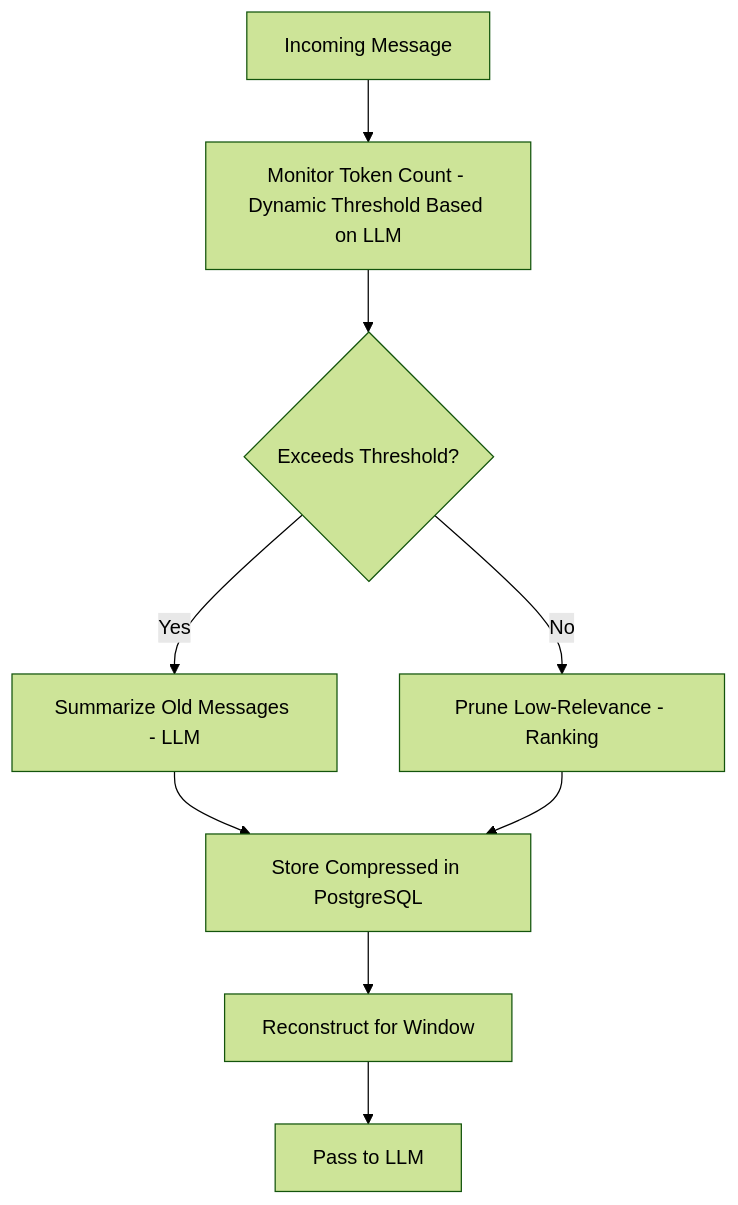
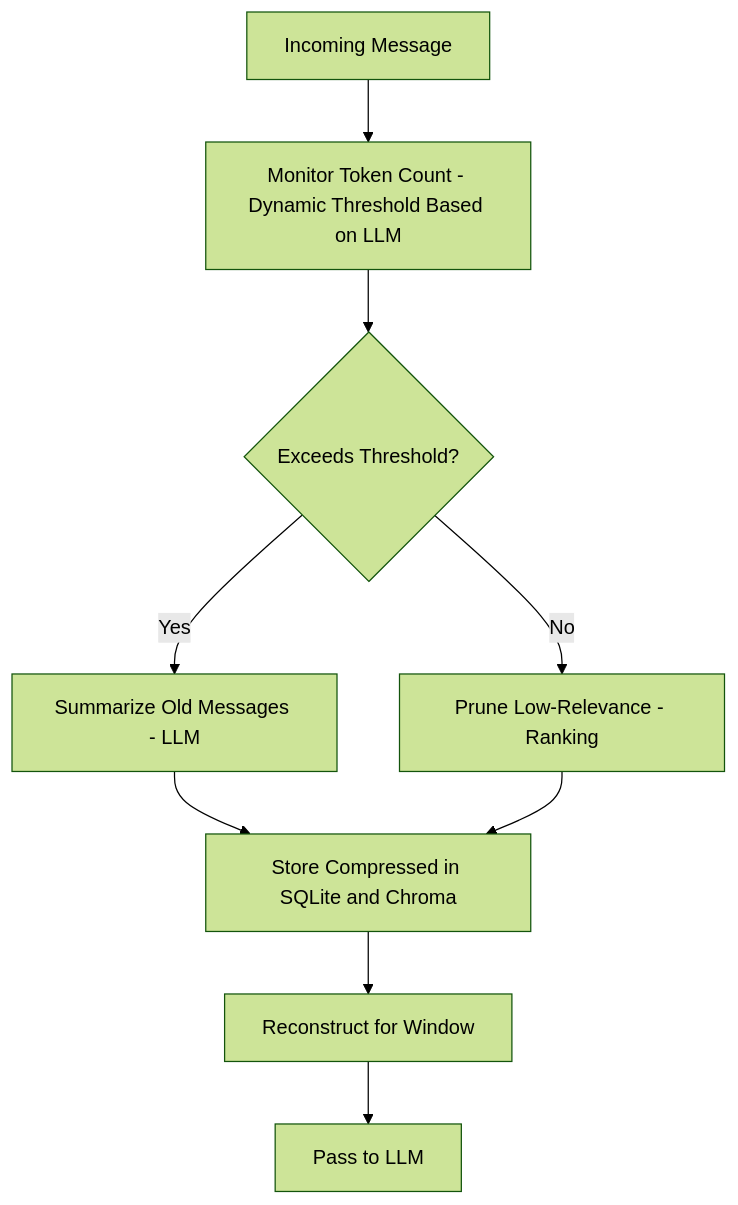
Before and after one commit to raqkaaq/ArxivResearchAgent: the second of 3 diagrams in CONTEXT_PRD.md, drawn with Mermaid (forest theme). The commit also changed other lines of this file and 9 other files, not shown here.

````diff
--- a/CONTEXT_PRD.md
+++ b/CONTEXT_PRD.md
@@ -54,11 +54,11 @@
 ```mermaid
 flowchart TD
     A[Incoming Message] --> B[Monitor Token Count - Dynamic Threshold Based on LLM]
     B --> C{Exceeds Threshold?}
     C -->|Yes| D[Summarize Old Messages - LLM]
     C -->|No| E[Prune Low-Relevance - Ranking]
-    D --> F[Store Compressed in PostgreSQL]
+    D --> F[Store Compressed in SQLite and Chroma]
     E --> F
     F --> G[Reconstruct for Window]
     G --> H[Pass to LLM]
 ```
````
